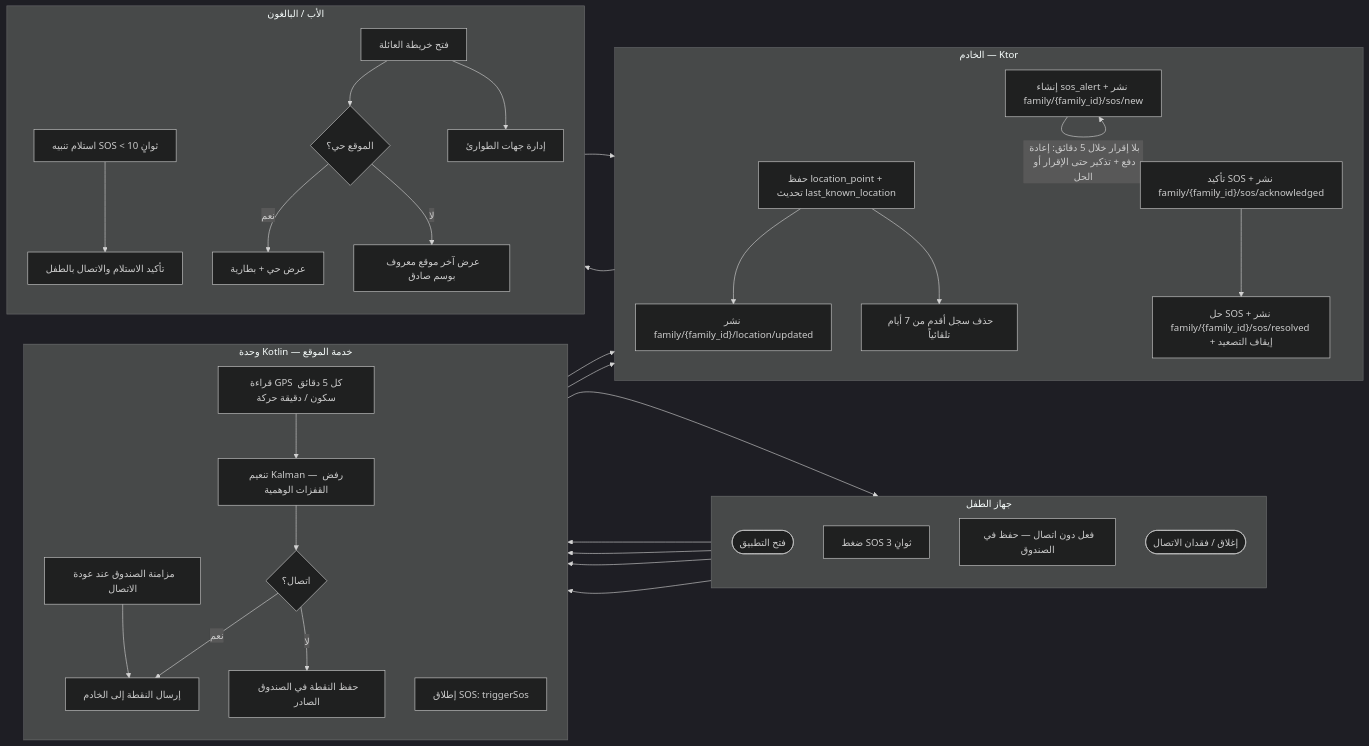
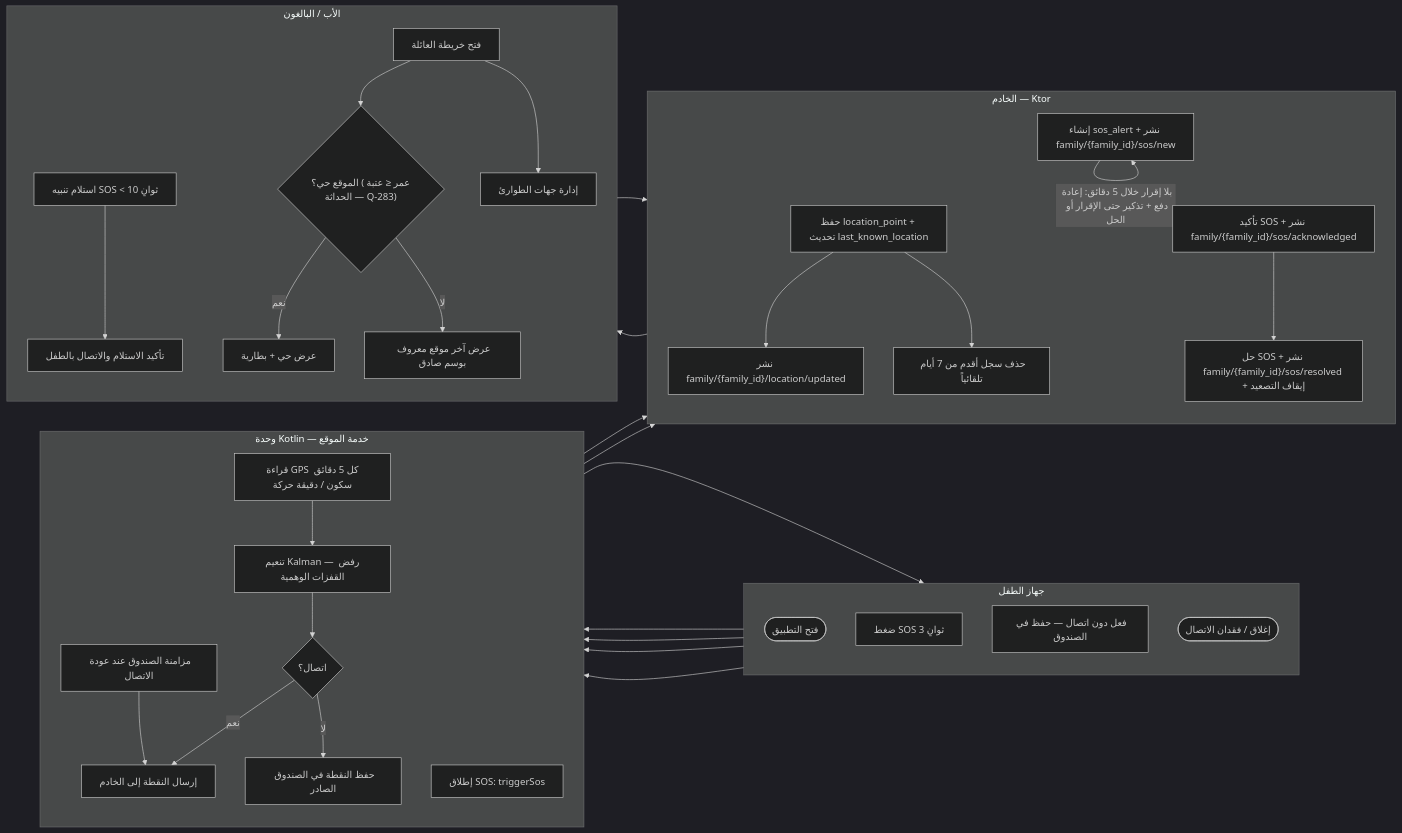
Diagram 13 of 13 in docs/family-os/governance/phases/phase-1/S1-07-location-basic/DIAGRAMS.md (Bassam-mohammed-alqaeadi/family-os-v2), drawn with Mermaid (dark theme) before and after one commit. The commit also changed other lines of this file and 1 other file, not shown here.

Commit message:
R2-S107-07 (Q-283): عتبة حداثة الموقع — الحي ضمن LOCATION_STALENESS_THRESHOLD (قيمة مختبر Q-027)؛ والأقدم «آخر موقع معروف منذ X» لا يُقدَّم كحي أبداً

````diff
--- a/docs/family-os/governance/phases/phase-1/S1-07-location-basic/DIAGRAMS.md
+++ b/docs/family-os/governance/phases/phase-1/S1-07-location-basic/DIAGRAMS.md
@@ -509,63 +510,63 @@
 ```mermaid
 flowchart LR
     subgraph Device [جهاز الطفل]
         direction TB
         U1([فتح التطبيق])
         U2[ضغط SOS 3 ثوانٍ]
         U3[فعل دون اتصال — حفظ في الصندوق]
         U4([إغلاق / فقدان الاتصال])
     end
     subgraph Kotlin [وحدة Kotlin — خدمة الموقع]
         direction TB
         K1[قراءة GPS كل 5 دقائق سكون / دقيقة حركة]
         K2[تنعيم Kalman — رفض القفزات الوهمية]
         K3{اتصال؟}
         K4[إرسال النقطة إلى الخادم]
         K5[حفظ النقطة في الصندوق الصادر]
         K6[مزامنة الصندوق عند عودة الاتصال]
         K7[إطلاق SOS: triggerSos]
     end
     subgraph Server [الخادم — Ktor]
         direction TB
         V1[حفظ location_point + تحديث last_known_location]
         V2["نشر family/{family_id}/location/updated"]
         V3["إنشاء sos_alert + نشر family/{family_id}/sos/new"]
         V4[حذف سجل أقدم من 7 أيام تلقائياً]
         V5["تأكيد SOS + نشر family/{family_id}/sos/acknowledged"]
         V6["حل SOS + نشر family/{family_id}/sos/resolved + إيقاف التصعيد"]
     end
     subgraph Parent [الأب / البالغون]
         direction TB
         F1[فتح خريطة العائلة]
-        F2{الموقع حي؟}
+        F2{"الموقع حي؟ (عمر ≤ عتبة الحداثة — Q-283)"}
         F3[عرض حي + بطارية]
         F4[عرض آخر موقع معروف بوسم صادق]
         F5[استلام تنبيه SOS < 10 ثوانٍ]
         F6[تأكيد الاستلام والاتصال بالطفل]
         F7[إدارة جهات الطوارئ]
     end
 
     U1 --> K1
     K1 --> K2
     K2 --> K3
     K3 -->|نعم| K4
     K3 -->|لا| K5
     K4 --> V1
     V1 --> V2
     K5 --> U3
     U3 --> K6
     K6 --> K4
     V1 --> V4
     U2 --> K7
     K7 --> V3
     V3 --> F5
     V3 -->|بلا إقرار خلال 5 دقائق: إعادة دفع + تذكير حتى الإقرار أو الحل| V3
     F5 --> F6
     F6 --> V5
     V5 --> V6
     F1 --> F2
     F2 -->|نعم| F3
     F2 -->|لا| F4
     F1 --> F7
     U4 --> K5
 ```
````
